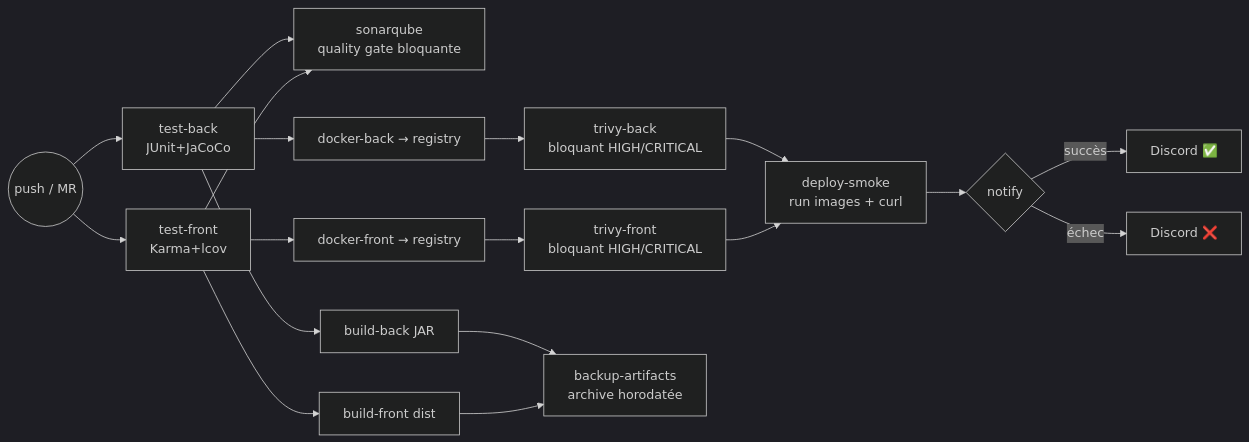
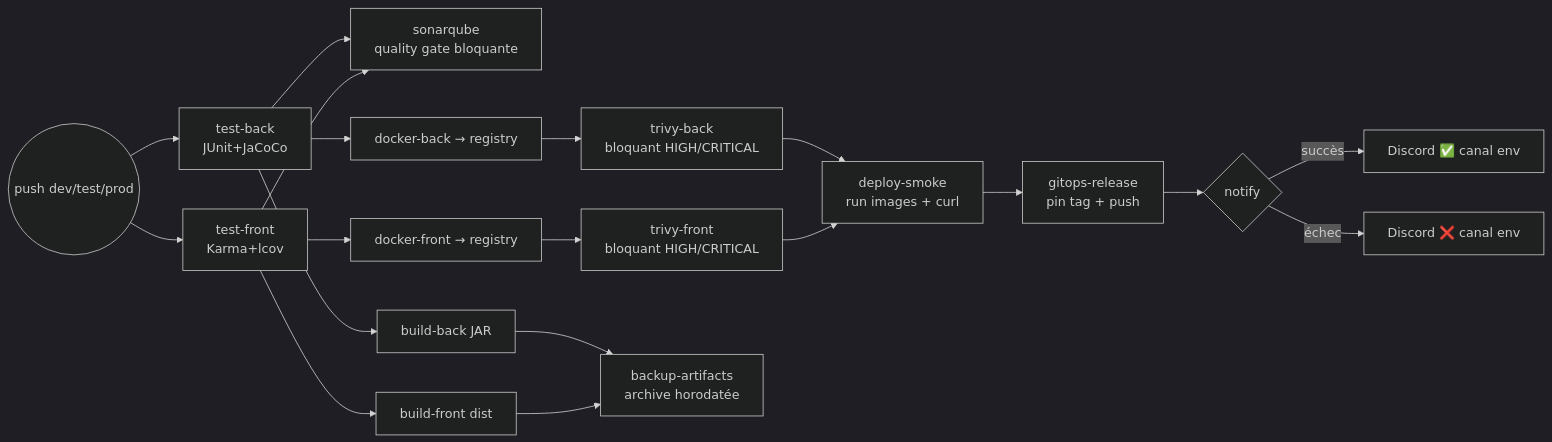
Before and after one commit to GhislainAdon/opc-p6-gerez_une_demarche_devops: the third of 3 diagrams in docs/livrable-2-documentation-cicd.md, drawn with Mermaid (dark theme). The commit also changed other lines of this file and 21 other files, not shown here.

````diff
--- a/docs/livrable-2-documentation-cicd.md
+++ b/docs/livrable-2-documentation-cicd.md
@@ -151,14 +190,15 @@
 ```mermaid
 flowchart LR
-  P((push / MR)) --> T1[test-back\nJUnit+JaCoCo] & T2[test-front\nKarma+lcov]
+  P((push dev/test/prod)) --> T1[test-back\nJUnit+JaCoCo] & T2[test-front\nKarma+lcov]
   T1 & T2 --> Q[sonarqube\nquality gate bloquante]
   T1 --> B1[build-back JAR] & DB[docker-back → registry]
   T2 --> B2[build-front dist] & DF[docker-front → registry]
   DB --> TR1[trivy-back\nbloquant HIGH/CRITICAL]
   DF --> TR2[trivy-front\nbloquant HIGH/CRITICAL]
   B1 & B2 --> BK[backup-artifacts\narchive horodatée]
   TR1 & TR2 --> DS[deploy-smoke\nrun images + curl]
-  DS --> N{notify}
-  N -->|succès| OK[Discord ✅]
-  N -->|échec| KO[Discord ❌]
+  DS --> REL[gitops-release\npin tag + push]
+  REL --> N{notify}
+  N -->|succès| OK[Discord ✅ canal env]
+  N -->|échec| KO[Discord ❌ canal env]
 ```
````
